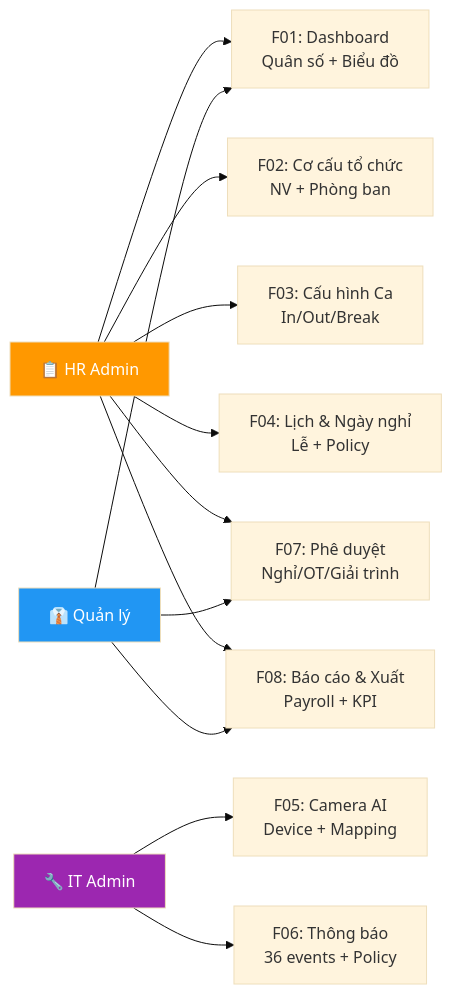
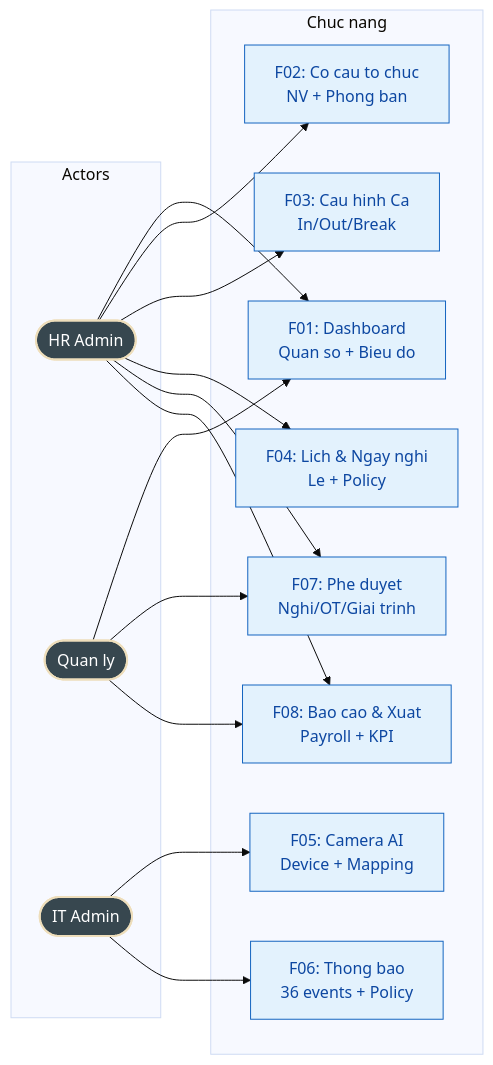
Before and after one commit to olbboy/ba-kit-antigravity: the second of 2 diagrams in outputs/mini-app-cham-cong/2.11-Mini-app/Tài-liệu-dự-án-Mini-App/BRD-HR-(Admin).md, drawn with Mermaid (base theme). The commit also changed other lines of this file and 11 other files, not shown here.

First line of the commit message:
fix: clean Confluence export artifacts and upgrade Mermaid diagrams

````diff
--- a/outputs/mini-app-cham-cong/2.11-Mini-app/Tài-liệu-dự-án-Mini-App/BRD-HR-(Admin).md
+++ b/outputs/mini-app-cham-cong/2.11-Mini-app/Tài-liệu-dự-án-Mini-App/BRD-HR-(Admin).md
@@ -58,23 +69,29 @@
 ```mermaid
 graph LR
-    HR["📋 HR Admin"]
-    MGR["👔 Quản lý"]
-    IT["🔧 IT Admin"]
+    subgraph Actors
+        HR([HR Admin])
+        MGR([Quan ly])
+        IT([IT Admin])
+    end
 
-    F01["F01: Dashboard<br/>Quân số + Biểu đồ"]
-    F02["F02: Cơ cấu tổ chức<br/>NV + Phòng ban"]
-    F03["F03: Cấu hình Ca<br/>In/Out/Break"]
-    F04["F04: Lịch & Ngày nghỉ<br/>Lễ + Policy"]
-    F05["F05: Camera AI<br/>Device + Mapping"]
-    F06["F06: Thông báo<br/>36 events + Policy"]
-    F07["F07: Phê duyệt<br/>Nghỉ/OT/Giải trình"]
-    F08["F08: Báo cáo & Xuất<br/>Payroll + KPI"]
+    subgraph Functions["Chuc nang"]
+        F01[F01: Dashboard<br/>Quan so + Bieu do]
+        F02[F02: Co cau to chuc<br/>NV + Phong ban]
+        F03[F03: Cau hinh Ca<br/>In/Out/Break]
+        F04[F04: Lich & Ngay nghi<br/>Le + Policy]
+        F05[F05: Camera AI<br/>Device + Mapping]
+        F06[F06: Thong bao<br/>36 events + Policy]
+        F07[F07: Phe duyet<br/>Nghi/OT/Giai trinh]
+        F08[F08: Bao cao & Xuat<br/>Payroll + KPI]
+    end
 
     HR --> F01 & F02 & F03 & F04 & F07 & F08
     MGR --> F01 & F07 & F08
     IT --> F05 & F06
 
-    style HR fill:#FF9800,color:#fff
-    style MGR fill:#2196F3,color:#fff
-    style IT fill:#9C27B0,color:#fff
+    classDef actor fill:#37474F,color:#fff,stroke-width:2px
+    classDef func fill:#E3F2FD,stroke:#1565C0,color:#0D47A1
+
+    class HR,MGR,IT actor
+    class F01,F02,F03,F04,F05,F06,F07,F08 func
 ```
````
